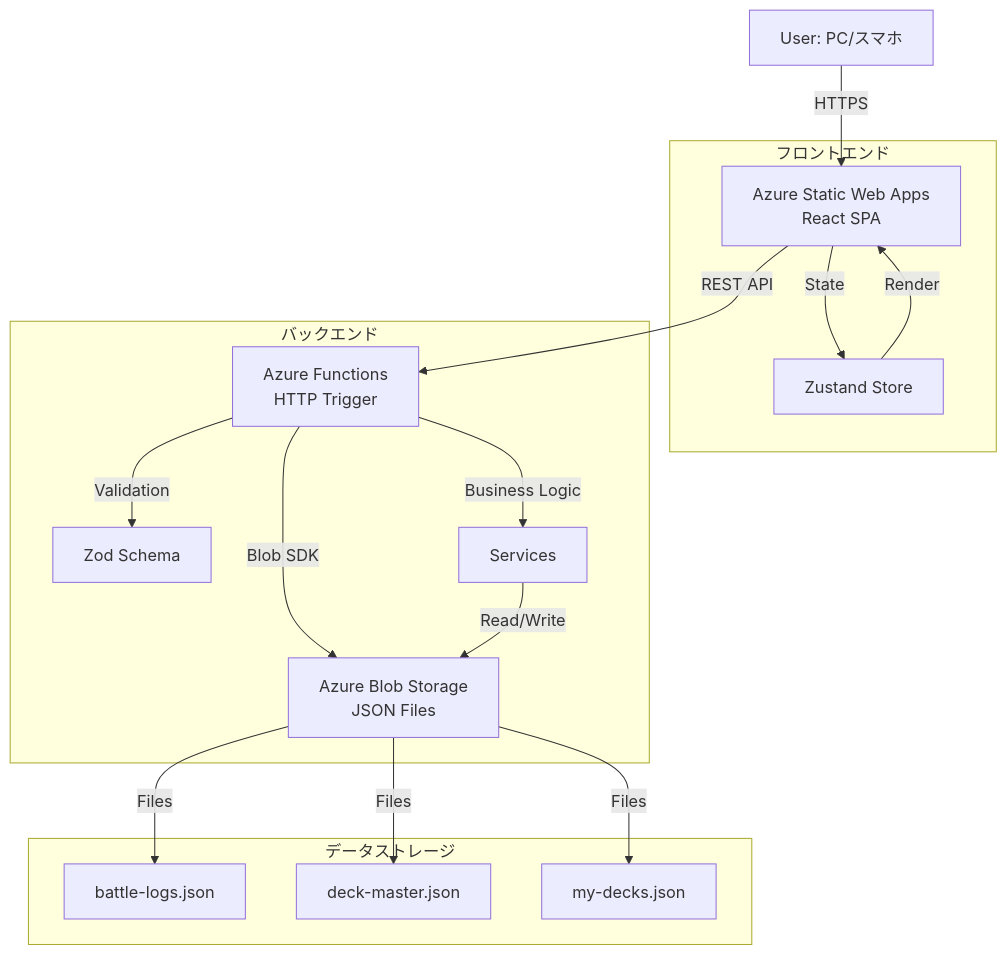
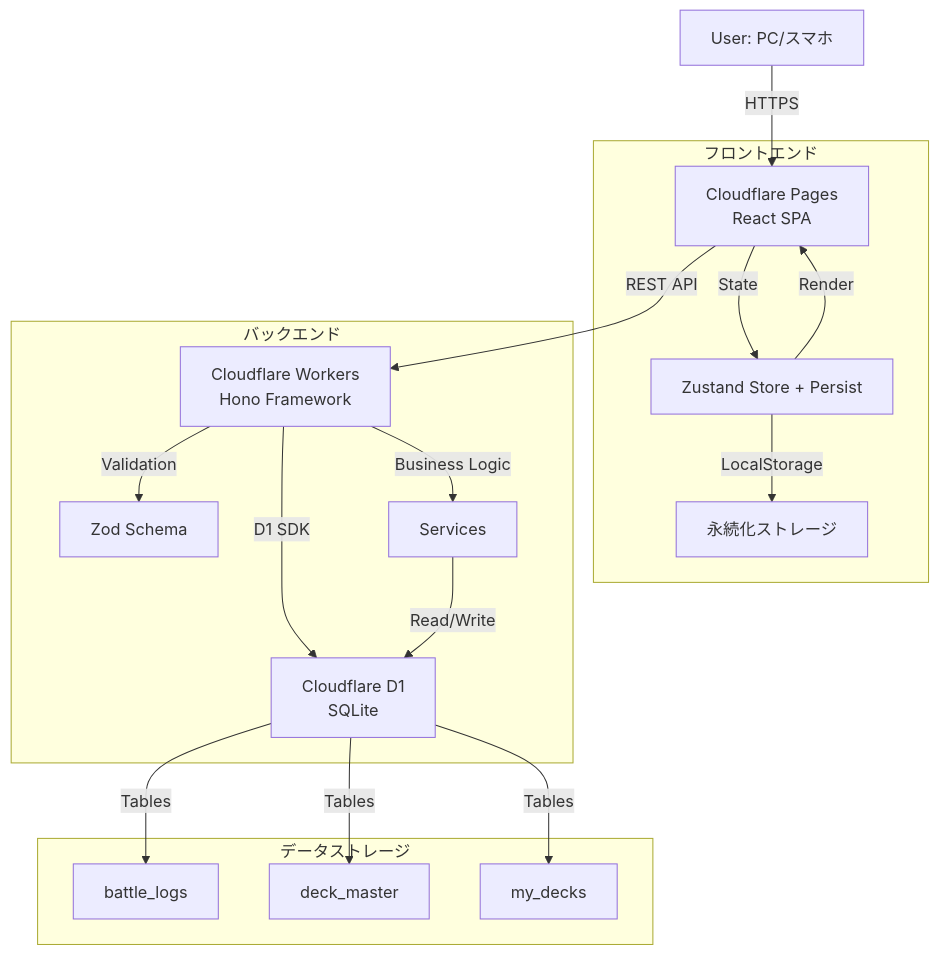
Before and after one commit to yaguma/shadowverse_log: the first of 9 diagrams in docs/design/shadowverse-battle-log/dataflow.md, drawn with Mermaid. The commit also changed other lines of this file and 6 other files, not shown here.

````diff
--- a/docs/design/shadowverse-battle-log/dataflow.md
+++ b/docs/design/shadowverse-battle-log/dataflow.md
@@ -12,23 +12,24 @@
 ```mermaid
 flowchart TD
-    A[User: PC/スマホ] -->|HTTPS| B[Azure Static Web Apps<br/>React SPA]
-    B -->|REST API| C[Azure Functions<br/>HTTP Trigger]
-    C -->|Blob SDK| D[Azure Blob Storage<br/>JSON Files]
+    A[User: PC/スマホ] -->|HTTPS| B[Cloudflare Pages<br/>React SPA]
+    B -->|REST API| C[Cloudflare Workers<br/>Hono Framework]
+    C -->|D1 SDK| D[Cloudflare D1<br/>SQLite]
 
     subgraph "フロントエンド"
-        B -->|State| E[Zustand Store]
+        B -->|State| E[Zustand Store + Persist]
         E -->|Render| B
+        E -->|LocalStorage| LS[永続化ストレージ]
     end
 
     subgraph "バックエンド"
         C -->|Validation| F[Zod Schema]
         C -->|Business Logic| G[Services]
         G -->|Read/Write| D
     end
 
     subgraph "データストレージ"
-        D -->|Files| H[battle-logs.json]
-        D -->|Files| I[deck-master.json]
-        D -->|Files| J[my-decks.json]
+        D -->|Tables| H[battle_logs]
+        D -->|Tables| I[deck_master]
+        D -->|Tables| J[my_decks]
     end
 ```
````
